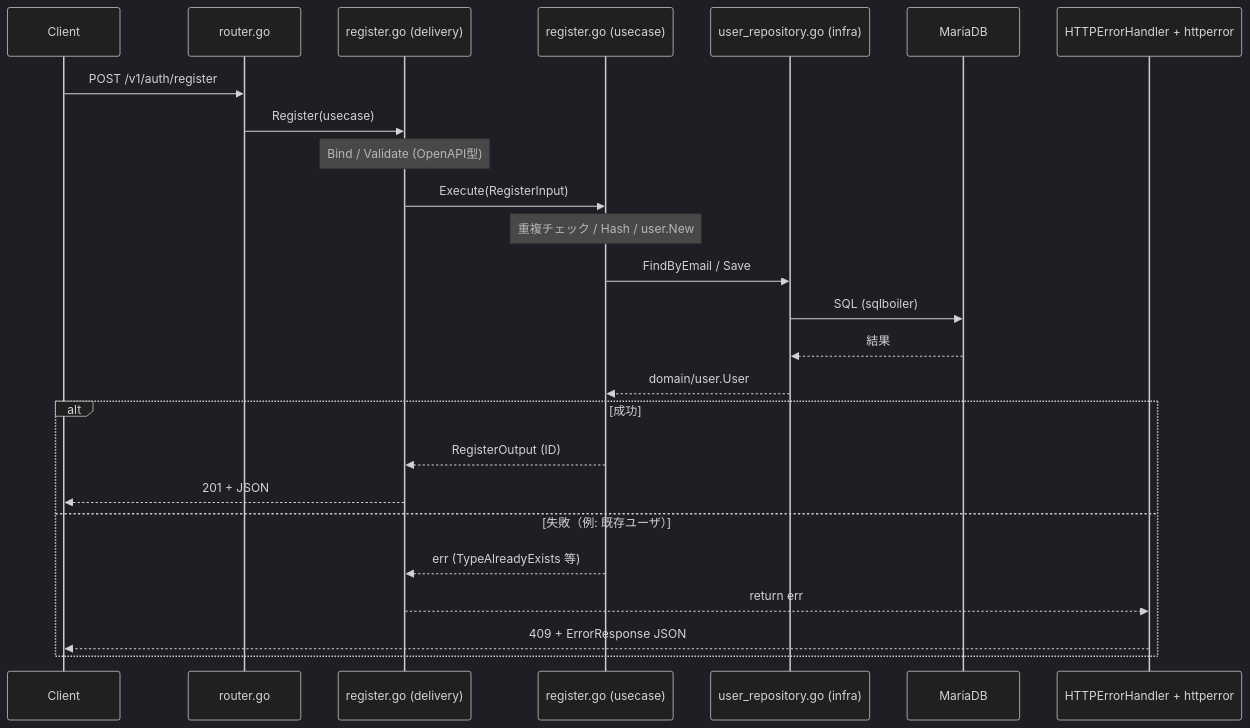
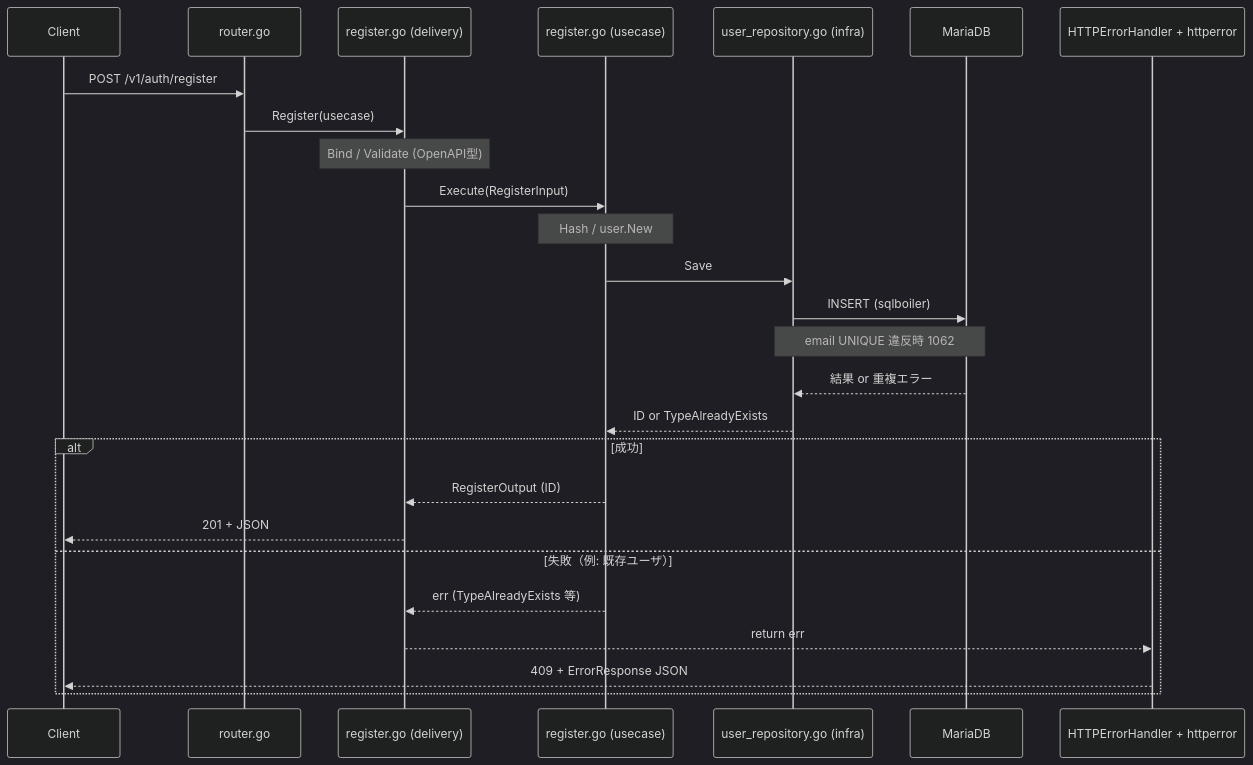
The diagram in docs/register-flow-5min.md (learning-microservice/go-clean-api), drawn with Mermaid (dark theme) before and after one commit. The commit also changed other lines of this file and 9 other files, not shown here.

````diff
--- a/docs/register-flow-5min.md
+++ b/docs/register-flow-5min.md
@@ -28,28 +28,29 @@
 ```mermaid
 sequenceDiagram
     participant Client
     participant Router as router.go
     participant Handler as register.go (delivery)
     participant UC as register.go (usecase)
     participant Repo as user_repository.go (infra)
     participant DB as MariaDB
     participant EH as HTTPErrorHandler + httperror
 
     Client->>Router: POST /v1/auth/register
     Router->>Handler: Register(usecase)
     Note over Handler: Bind / Validate (OpenAPI型)
     Handler->>UC: Execute(RegisterInput)
-    Note over UC: 重複チェック / Hash / user.New
-    UC->>Repo: FindByEmail / Save
-    Repo->>DB: SQL (sqlboiler)
-    DB-->>Repo: 結果
-    Repo-->>UC: domain/user.User
+    Note over UC: Hash / user.New
+    UC->>Repo: Save
+    Repo->>DB: INSERT (sqlboiler)
+    Note over Repo,DB: email UNIQUE 違反時 1062
+    DB-->>Repo: 結果 or 重複エラー
+    Repo-->>UC: ID or TypeAlreadyExists
     alt 成功
         UC-->>Handler: RegisterOutput (ID)
         Handler-->>Client: 201 + JSON
     else 失敗（例: 既存ユーザ）
         UC-->>Handler: err (TypeAlreadyExists 等)
         Handler-->>EH: return err
         EH-->>Client: 409 + ErrorResponse JSON
     end
 ```
````
